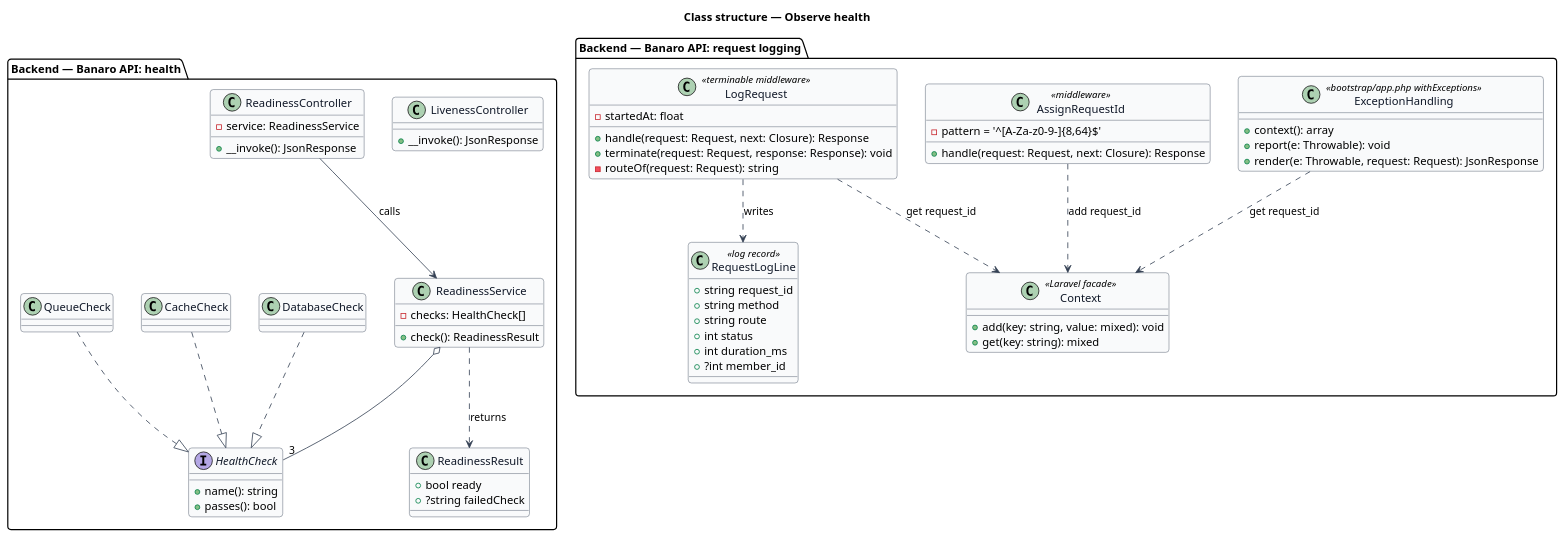
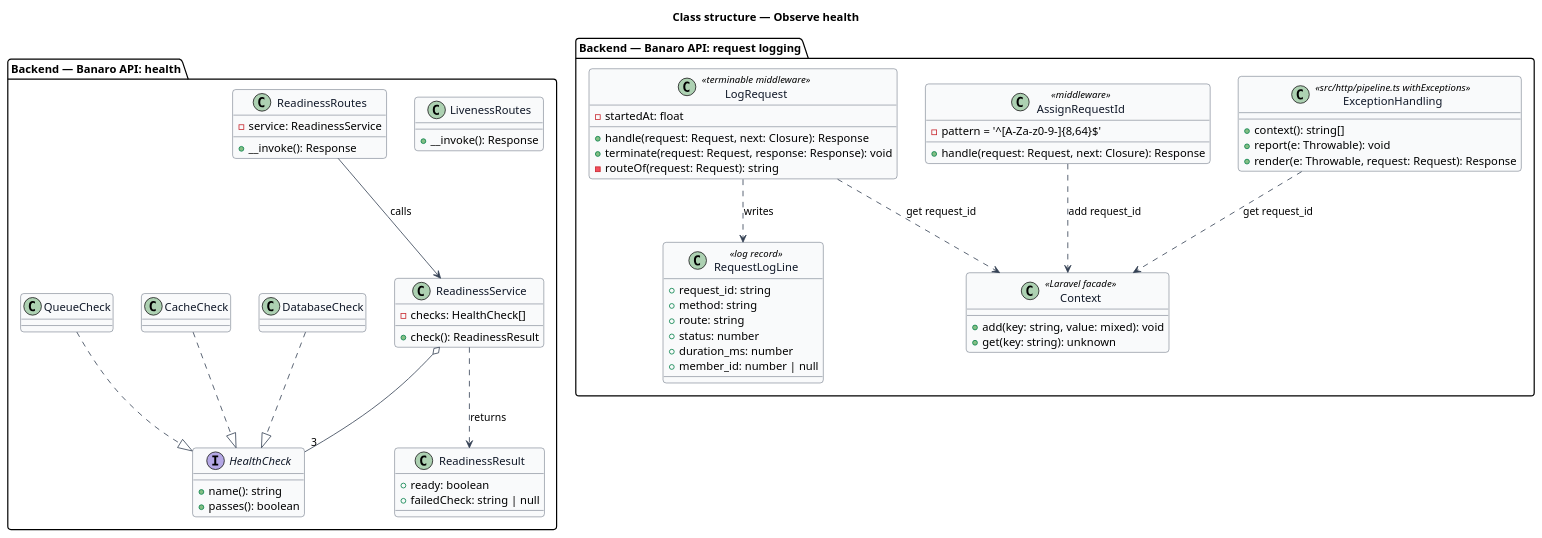
The diagram in docs/detailed-designs/operations/observe-health/diagrams/class-structure.puml (QuinntyneBrown/banaro), drawn with PlantUML before and after one commit. The commit also changed 321 other files, not shown here.

```diff
--- a/docs/detailed-designs/operations/observe-health/diagrams/class-structure.puml
+++ b/docs/detailed-designs/operations/observe-health/diagrams/class-structure.puml
@@ -1,81 +1,81 @@
 @startuml
 ' --- shared skin header ---
 skinparam backgroundColor #FFFFFF
 skinparam shadowing false
 skinparam roundcorner 8
 skinparam defaultFontName Arial
 skinparam ArrowColor #344054
 skinparam class {
   BorderColor #344054
   FontColor #101828
   BackgroundColor #F9FAFB
 }
 ' --------------------------
 title Class structure — Observe health
 
 package "Backend — Banaro API: health" {
-  class LivenessController {
-    +__invoke(): JsonResponse
+  class LivenessRoutes {
+    +__invoke(): Response
   }
-  class ReadinessController {
+  class ReadinessRoutes {
     -service: ReadinessService
-    +__invoke(): JsonResponse
+    +__invoke(): Response
   }
   class ReadinessService {
     -checks: HealthCheck[]
     +check(): ReadinessResult
   }
   class ReadinessResult {
-    +bool ready
-    +?string failedCheck
+    +ready: boolean
+    +failedCheck: string | null
   }
   interface HealthCheck {
     +name(): string
-    +passes(): bool
+    +passes(): boolean
   }
   class DatabaseCheck
   class CacheCheck
   class QueueCheck
 }
 
 package "Backend — Banaro API: request logging" {
   class AssignRequestId <<middleware>> {
     -pattern = '^[A-Za-z0-9-]{8,64}$'
     +handle(request: Request, next: Closure): Response
   }
   class LogRequest <<terminable middleware>> {
     -startedAt: float
     +handle(request: Request, next: Closure): Response
     +terminate(request: Request, response: Response): void
     -routeOf(request: Request): string
   }
   class RequestLogLine <<log record>> {
-    +string request_id
-    +string method
-    +string route
-    +int status
-    +int duration_ms
-    +?int member_id
+    +request_id: string
+    +method: string
+    +route: string
+    +status: number
+    +duration_ms: number
+    +member_id: number | null
   }
-  class ExceptionHandling <<bootstrap/app.php withExceptions>> {
-    +context(): array
+  class ExceptionHandling <<src/http/pipeline.ts withExceptions>> {
+    +context(): string[]
     +report(e: Throwable): void
-    +render(e: Throwable, request: Request): JsonResponse
+    +render(e: Throwable, request: Request): Response
   }
   class Context <<Laravel facade>> {
     +add(key: string, value: mixed): void
-    +get(key: string): mixed
+    +get(key: string): unknown
   }
 }
 
-ReadinessController --> ReadinessService : calls
+ReadinessRoutes --> ReadinessService : calls
 ReadinessService ..> ReadinessResult : returns
 ReadinessService o-- "3" HealthCheck
 DatabaseCheck ..|> HealthCheck
 CacheCheck ..|> HealthCheck
 QueueCheck ..|> HealthCheck
 AssignRequestId ..> Context : add request_id
 LogRequest ..> Context : get request_id
 LogRequest ..> RequestLogLine : writes
 ExceptionHandling ..> Context : get request_id
 @enduml
```
